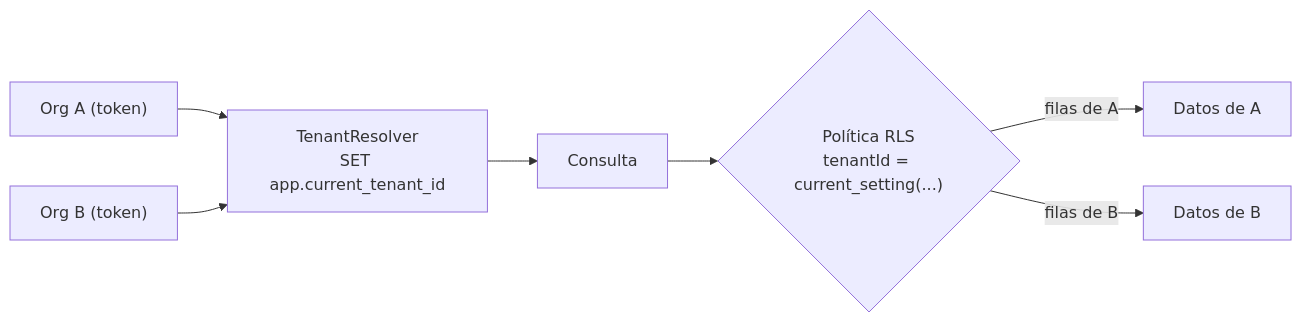
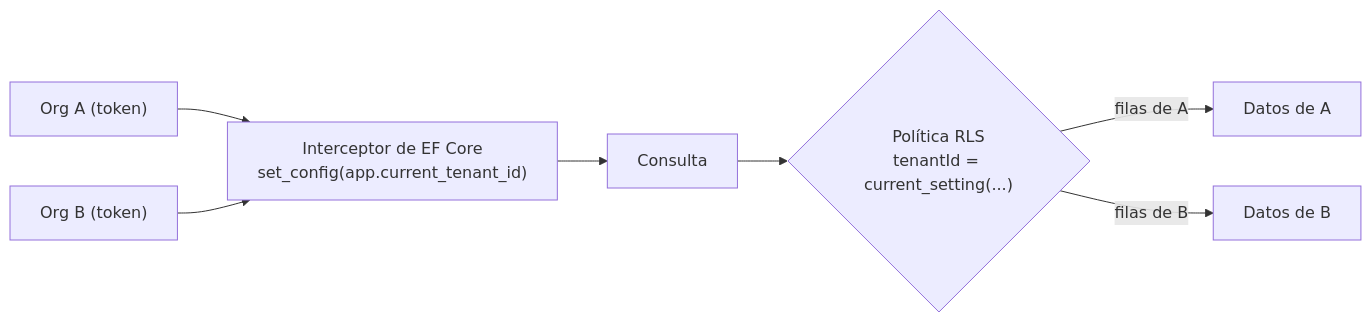
One commit to FelipeValenzuela00/AsistenteFinanciero changed the third of 7 diagrams in docs/arquitectura.md. Above: the diagram before and after it, drawn with Mermaid. The commit also changed other lines of this file and 12 other files, not shown here.

````diff
--- a/docs/arquitectura.md
+++ b/docs/arquitectura.md
@@ -71,9 +69,9 @@
 ```mermaid
 flowchart LR
     T1["Org A (token)"] --> MW
     T2["Org B (token)"] --> MW
-    MW["TenantResolver<br/>SET app.current_tenant_id"] --> Q["Consulta"]
+    MW["Interceptor de EF Core<br/>set_config(app.current_tenant_id)"] --> Q["Consulta"]
     Q --> P{"Política RLS<br/>tenantId = current_setting(...)"}
     P -->|filas de A| RA["Datos de A"]
     P -->|filas de B| RB["Datos de B"]
 ```
````
